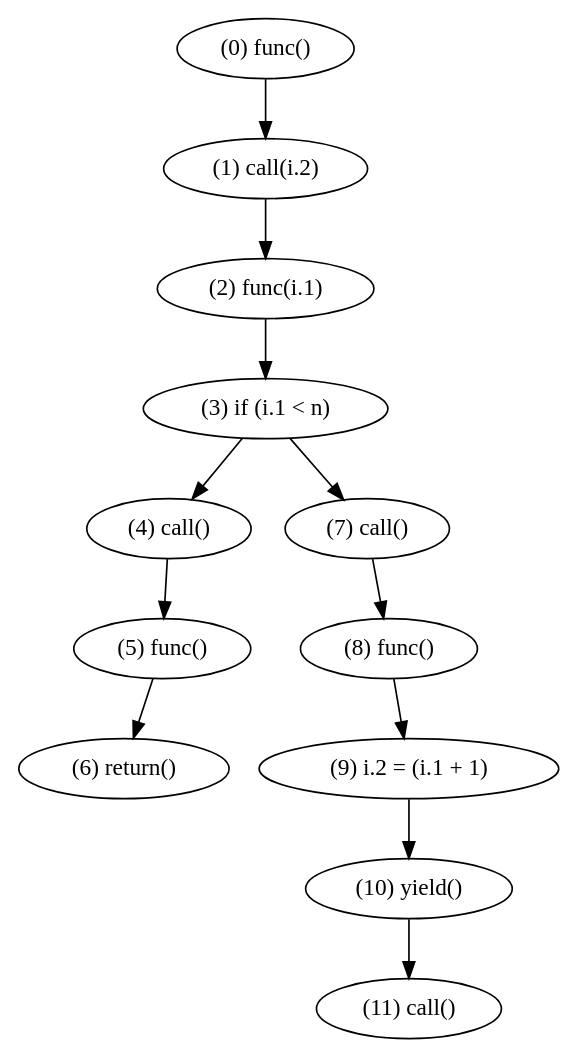
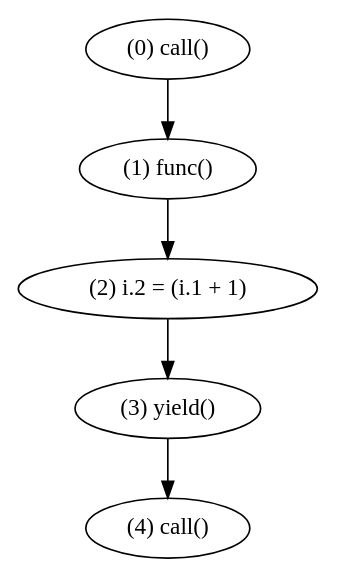
Before and after one commit to WorldofKerry/ToHDL: the diagram in crates/passes/lower_to_fsm_2.dot, drawn with Graphviz. The commit also changed 10 other files, not shown here.

```diff
--- a/crates/passes/lower_to_fsm_2.dot
+++ b/crates/passes/lower_to_fsm_2.dot
@@ -1,25 +1,11 @@
 digraph {
-    0 [ label = "(0) func()" ]
-    1 [ label = "(1) call(i.2)" ]
-    2 [ label = "(2) func(i.1)" ]
-    3 [ label = "(3) if (i.1 < n)" ]
+    0 [ label = "(0) call()" ]
+    1 [ label = "(1) func()" ]
+    2 [ label = "(2) i.2 = (i.1 + 1)" ]
+    3 [ label = "(3) yield()" ]
     4 [ label = "(4) call()" ]
-    5 [ label = "(5) func()" ]
-    6 [ label = "(6) return()" ]
-    7 [ label = "(7) call()" ]
-    8 [ label = "(8) func()" ]
-    9 [ label = "(9) i.2 = (i.1 + 1)" ]
-    10 [ label = "(10) yield()" ]
-    11 [ label = "(11) call()" ]
     0 -> 1 [ label = "" ]
     1 -> 2 [ label = "" ]
     2 -> 3 [ label = "" ]
-    3 -> 7 [ label = "" ]
     3 -> 4 [ label = "" ]
-    4 -> 5 [ label = "" ]
-    5 -> 6 [ label = "" ]
-    7 -> 8 [ label = "" ]
-    8 -> 9 [ label = "" ]
-    9 -> 10 [ label = "" ]
-    10 -> 11 [ label = "" ]
 }
```
